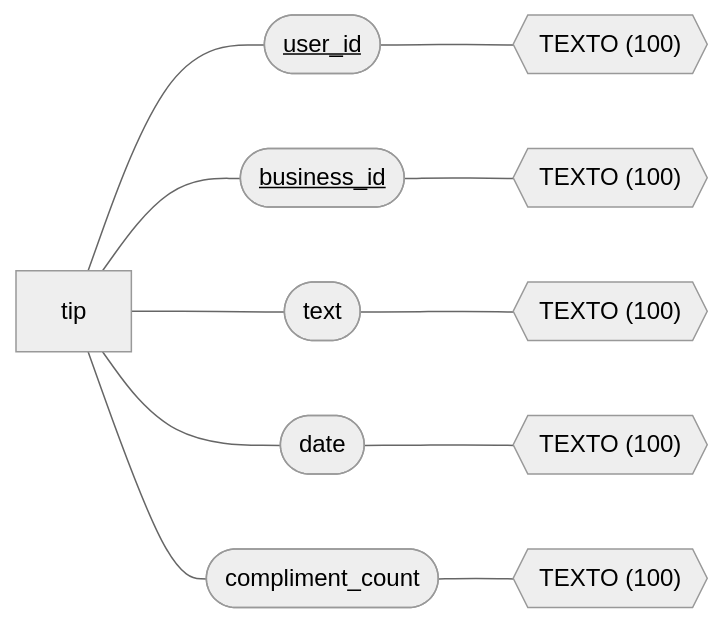
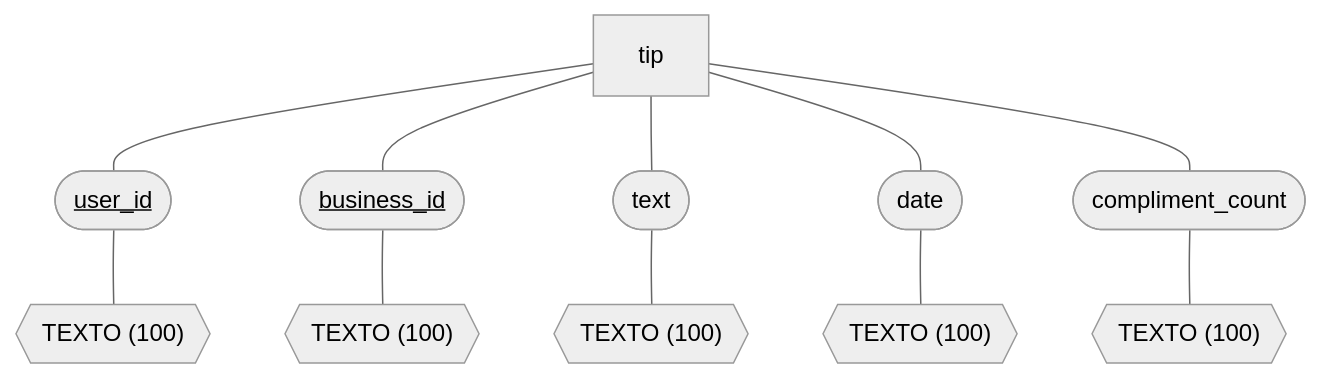
Before and after one commit to fer98morales/BDR: the fifth of 6 diagrams in Tareas/Tarea2.md, drawn with Mermaid (neutral theme). The commit also changed other lines of this file, not shown here.

````diff
--- a/Tareas/Tarea2.md
+++ b/Tareas/Tarea2.md
@@ -71,9 +77,9 @@
 ```mermaid
-flowchart LR
+flowchart TB
     Entidad4[tip]
     Entidad4 --- E4_Atributo1([<u>user_id</u>]) --- E4_D1{{"TEXTO (100)"}}
     Entidad4 --- E4_Atributo2([<u>business_id</u>]) --- E4_D2{{"TEXTO (100)"}}
     Entidad4 --- E4_Atributo3([text]) --- E4_D3{{"TEXTO (100)"}}
     Entidad4 --- E4_Atributo4([date]) --- E4_D4{{"TEXTO (100)"}}
     Entidad4 --- E4_Atributo5([compliment_count]) --- E4_D5{{"TEXTO (100)"}}
 ```
````
